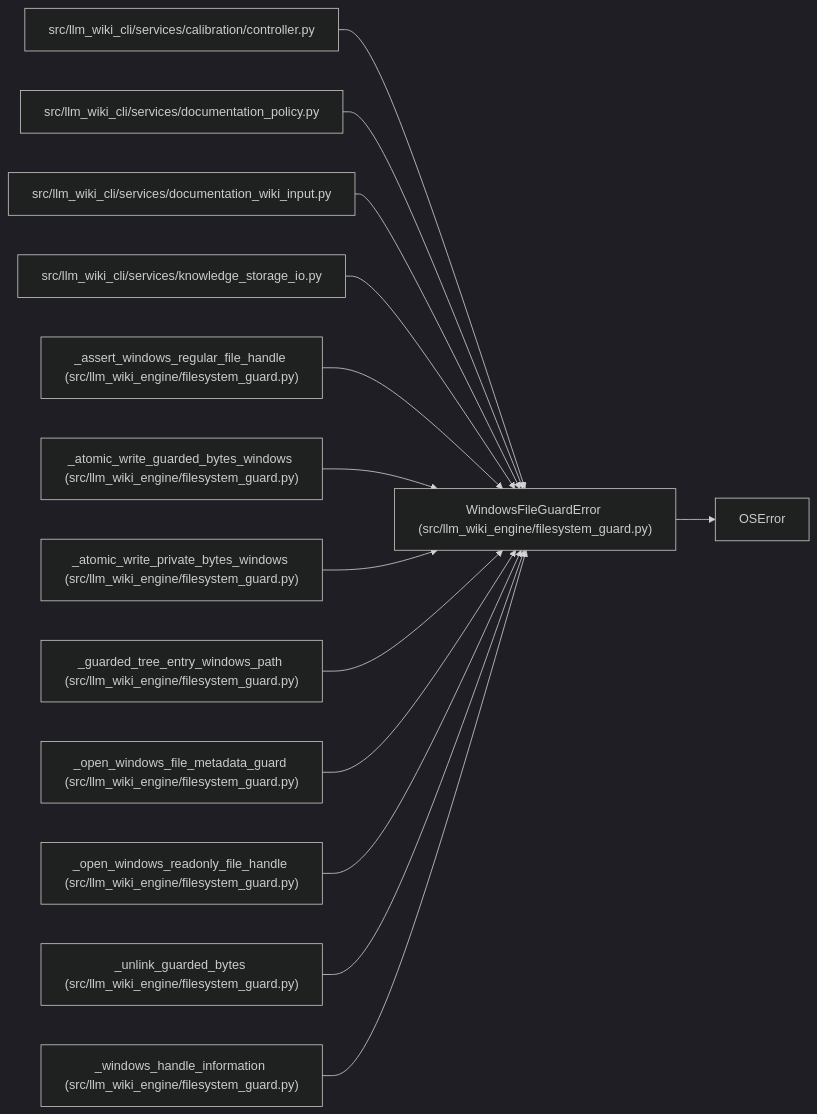
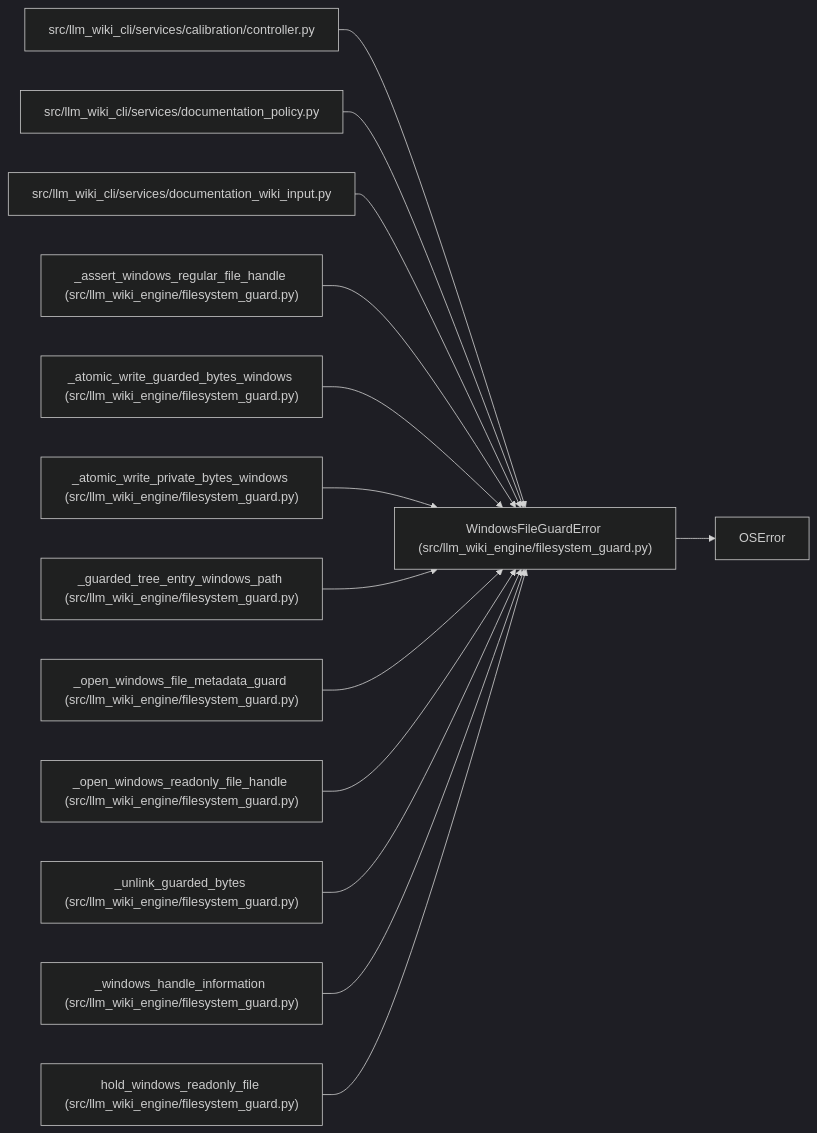
One commit to Denissvgn/python-wiki-llm changed the diagram in docs/llm_wiki/entities/WindowsFileGuardError.md. Above: the diagram before and after it, drawn with Mermaid (dark theme). The commit also changed other lines of this file and 1058 other files, not shown here.

First line of the commit message:
docs: refresh the wiki for the knowledge store move

````diff
--- a/docs/llm_wiki/entities/WindowsFileGuardError.md
+++ b/docs/llm_wiki/entities/WindowsFileGuardError.md
@@ -23,43 +23,43 @@
 ```mermaid
 flowchart LR
     n0["WindowsFileGuardError (src/llm_wiki_engine/filesystem_guard.py)"]
     n1["OSError"]
     n2["src/llm_wiki_cli/services/calibration/controller.py"]
     n3["src/llm_wiki_cli/services/documentation_policy.py"]
     n4["src/llm_wiki_cli/services/documentation_wiki_input.py"]
-    n5["src/llm_wiki_cli/services/knowledge_storage_io.py"]
-    n6["_assert_windows_regular_file_handle (src/llm_wiki_engine/filesystem_guard.py)"]
-    n7["_atomic_write_guarded_bytes_windows (src/llm_wiki_engine/filesystem_guard.py)"]
-    n8["_atomic_write_private_bytes_windows (src/llm_wiki_engine/filesystem_guard.py)"]
-    n9["_guarded_tree_entry_windows_path (src/llm_wiki_engine/filesystem_guard.py)"]
-    n10["_open_windows_file_metadata_guard (src/llm_wiki_engine/filesystem_guard.py)"]
-    n11["_open_windows_readonly_file_handle (src/llm_wiki_engine/filesystem_guard.py)"]
-    n12["_unlink_guarded_bytes (src/llm_wiki_engine/filesystem_guard.py)"]
-    n13["_windows_handle_information (src/llm_wiki_engine/filesystem_guard.py)"]
+    n5["_assert_windows_regular_file_handle (src/llm_wiki_engine/filesystem_guard.py)"]
+    n6["_atomic_write_guarded_bytes_windows (src/llm_wiki_engine/filesystem_guard.py)"]
+    n7["_atomic_write_private_bytes_windows (src/llm_wiki_engine/filesystem_guard.py)"]
+    n8["_guarded_tree_entry_windows_path (src/llm_wiki_engine/filesystem_guard.py)"]
+    n9["_open_windows_file_metadata_guard (src/llm_wiki_engine/filesystem_guard.py)"]
+    n10["_open_windows_readonly_file_handle (src/llm_wiki_engine/filesystem_guard.py)"]
+    n11["_unlink_guarded_bytes (src/llm_wiki_engine/filesystem_guard.py)"]
+    n12["_windows_handle_information (src/llm_wiki_engine/filesystem_guard.py)"]
+    n13["hold_windows_readonly_file (src/llm_wiki_engine/filesystem_guard.py)"]
     n0 --> n1
     n2 --> n0
     n3 --> n0
     n4 --> n0
     n5 --> n0
     n6 --> n0
     n7 --> n0
     n8 --> n0
     n9 --> n0
     n10 --> n0
     n11 --> n0
     n12 --> n0
     n13 --> n0
     click n0 "../modules/filesystem_guard.md"
     click n2 "../modules/controller.md"
     click n3 "../modules/documentation_policy.md"
     click n4 "../modules/documentation_wiki_input.md"
-    click n5 "../modules/knowledge_storage_io.md"
+    click n5 "../modules/filesystem_guard.md"
     click n6 "../modules/filesystem_guard.md"
     click n7 "../modules/filesystem_guard.md"
     click n8 "../modules/filesystem_guard.md"
     click n9 "../modules/filesystem_guard.md"
     click n10 "../modules/filesystem_guard.md"
     click n11 "../modules/filesystem_guard.md"
     click n12 "../modules/filesystem_guard.md"
     click n13 "../modules/filesystem_guard.md"
 ```
````
